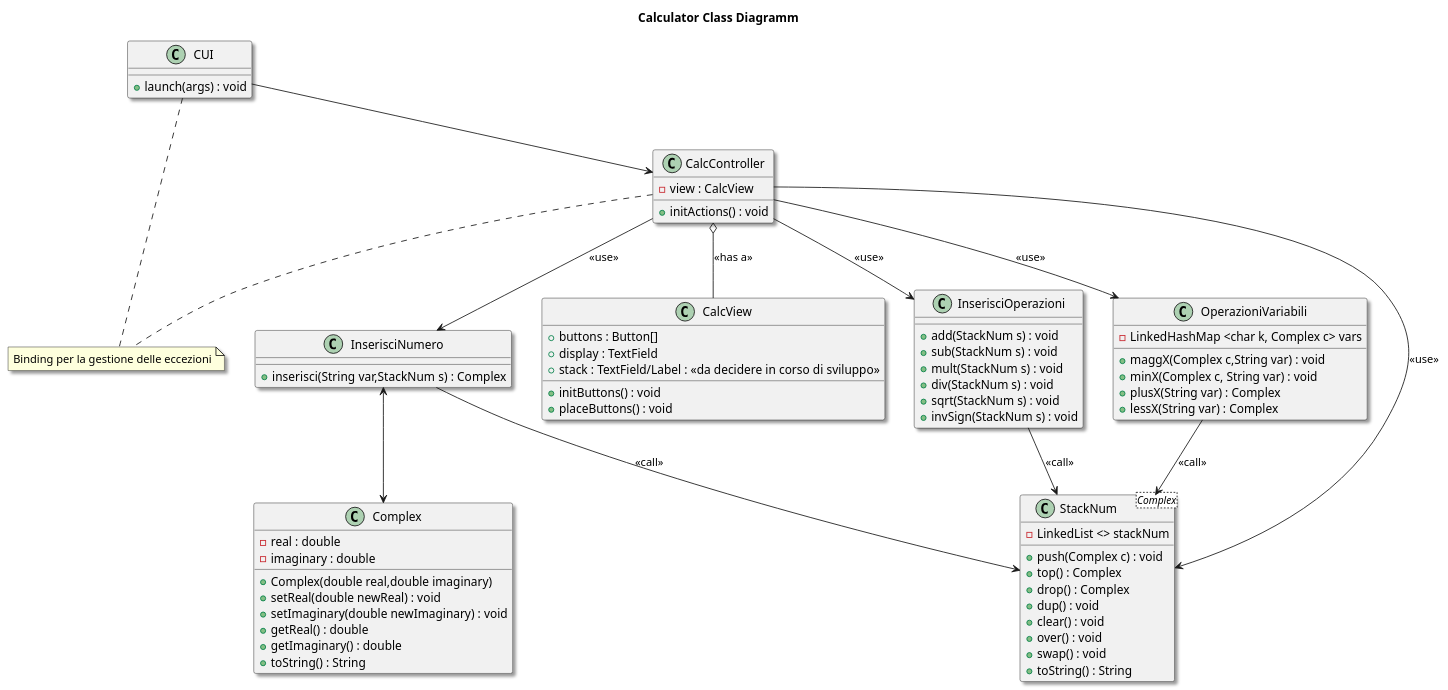
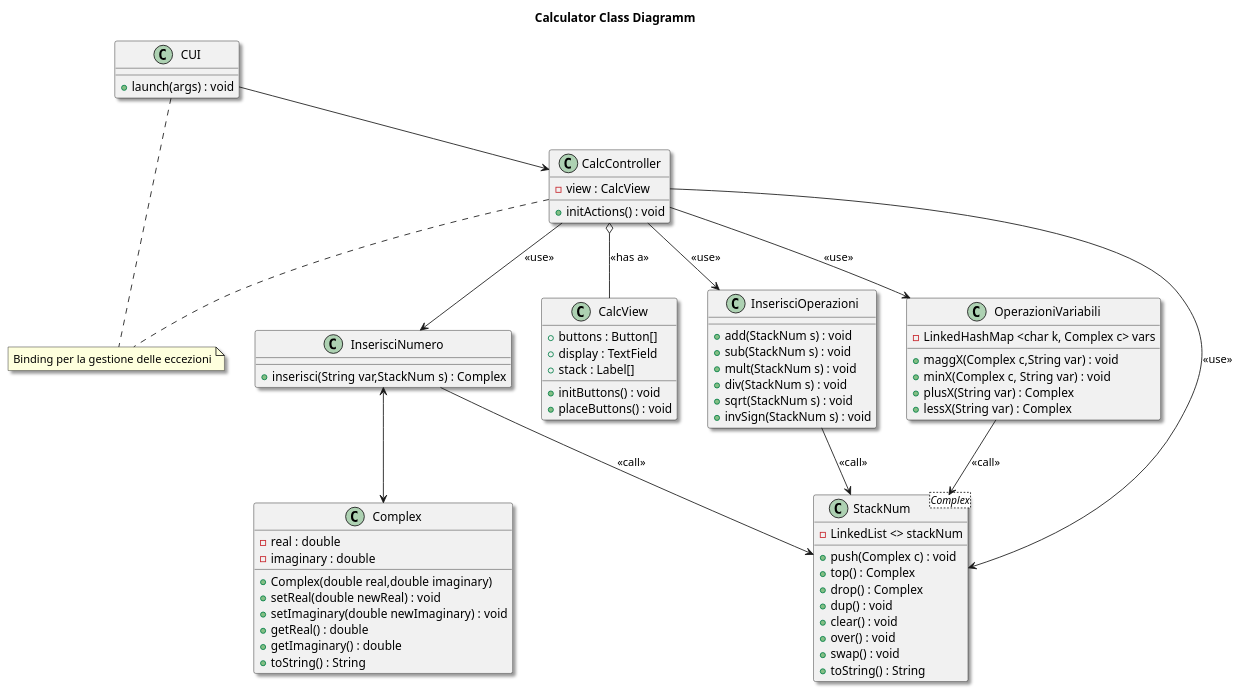
Before and after one commit to LuciaNancyLavista/Gruppo06_software_eng_L.I.V.P: the diagram in CalcolatriceProgrammabile/Diagrams/Class Diagrams/ClassDiagrammDefinitivo.puml, drawn with PlantUML.

Commit message:
Update Class Diagram
Defined the label vector inside the class CalcView

```diff
--- a/CalcolatriceProgrammabile/Diagrams/Class Diagrams/ClassDiagrammDefinitivo.puml
+++ b/CalcolatriceProgrammabile/Diagrams/Class Diagrams/ClassDiagrammDefinitivo.puml
@@ -1,91 +1,91 @@
 @startuml classDiagramm
 skinparam shadowing true
 title Calculator Class Diagramm 
 
 note "Binding per la gestione delle eccezioni" as N1
 
 
 class StackNum<Complex>{
     - LinkedList <> stackNum
     + push(Complex c) : void 
     + top() : Complex
     + drop() : Complex
     + dup() : void
     + clear() : void
     + over() : void
     + swap() : void
     + toString() : String 
 }
 
 
 
 class CUI{
     + launch(args) : void
 }
 
 class CalcController{
     - view : CalcView
     + initActions() : void 
 }
 class CalcView{
     + buttons : Button[]
     + display : TextField
-    + stack : TextField/Label : <<da decidere in corso di sviluppo>> 
+    + stack : Label[] 
     + initButtons() : void
     + placeButtons() : void 
 }
 
 class InserisciNumero{
     + inserisci(String var,StackNum s) : Complex 
 }
 
 class Complex{
     - real : double
     - imaginary : double
     + Complex(double real,double imaginary)
     + setReal(double newReal) : void 
     + setImaginary(double newImaginary) : void
     + getReal() : double
     + getImaginary() : double
     + toString() : String
 }
 
 class InserisciOperazioni{
     + add(StackNum s) : void
     + sub(StackNum s) : void 
     + mult(StackNum s) : void
     + div(StackNum s) : void
     + sqrt(StackNum s) : void
     + invSign(StackNum s) : void
 }
 
 class OperazioniVariabili{
     - LinkedHashMap <char k, Complex c> vars
     + maggX(Complex c,String var) : void
     + minX(Complex c, String var) : void
     + plusX(String var) : Complex
     + lessX(String var) : Complex
 }
 
 CUI --> CalcController
 
 CalcController .. N1
 CUI .. N1
 
 CalcController --> InserisciOperazioni : <<use>>
 CalcController --> InserisciNumero : <<use>>
 CalcController --> StackNum : <<use>>
 CalcController --> OperazioniVariabili : <<use>>
 CalcController o-- CalcView : <<has a>>
 
 
 InserisciNumero <--> Complex
 
 
 OperazioniVariabili --> StackNum : <<call>>
 InserisciOperazioni --> StackNum : <<call>>
 InserisciNumero --> StackNum : <<call>>
 
 
 
 @enduml
```
